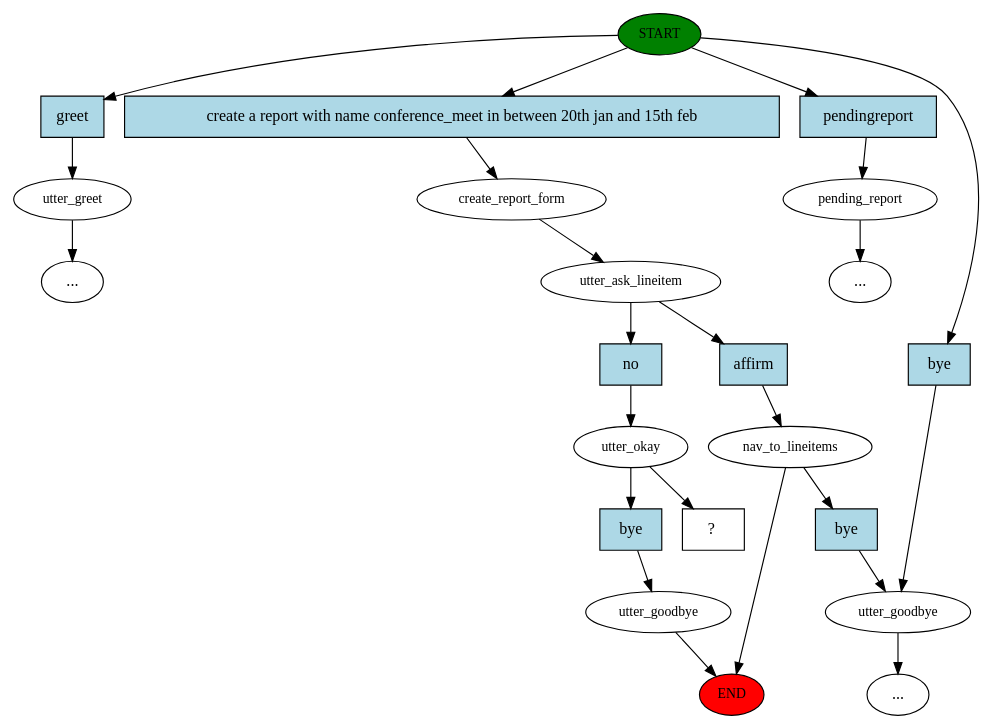
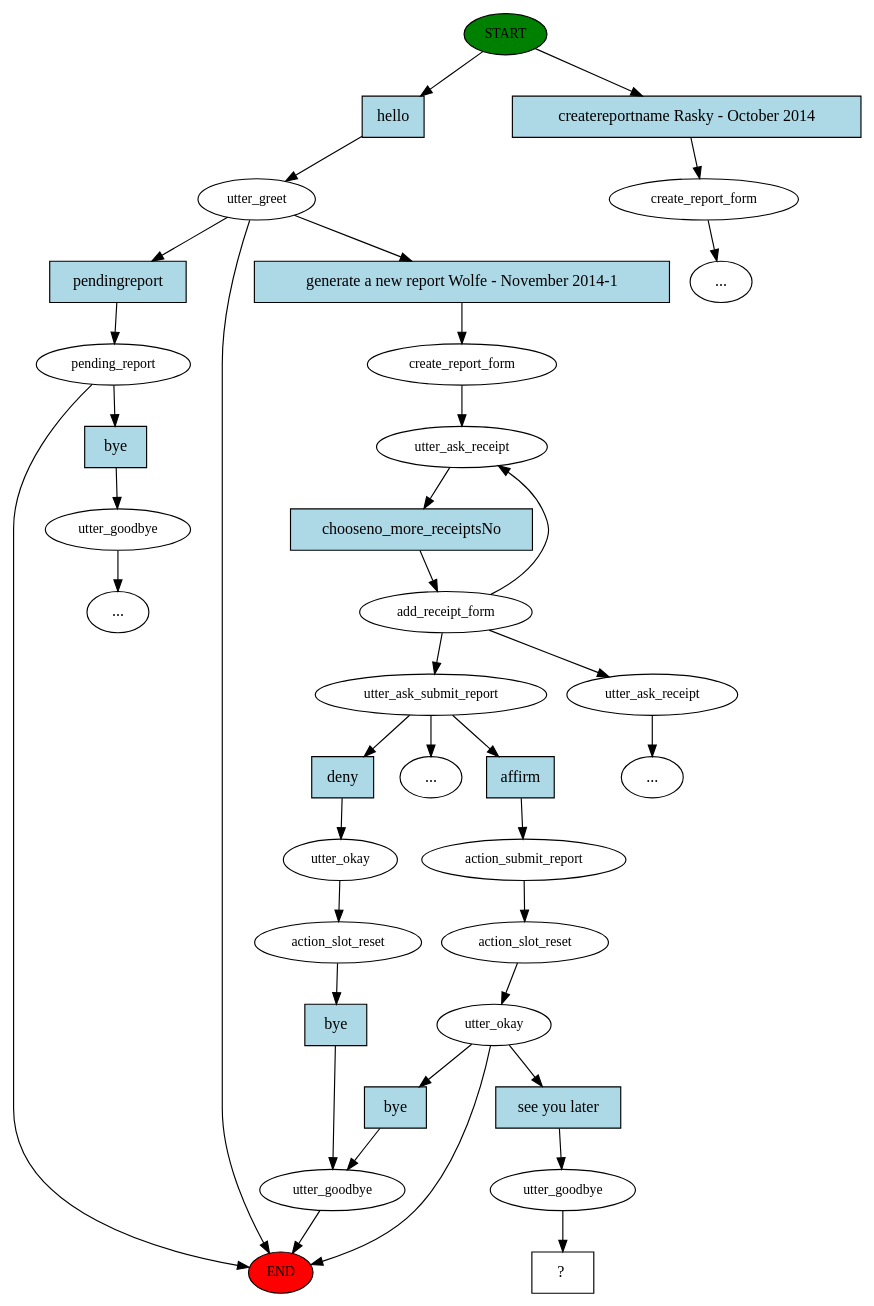
One commit to suryavamsi1563/working_chat_bot changed the diagram in story_graph.dot. Above: the diagram before and after it, drawn with Graphviz. The commit also changed 29 other files, not shown here.

```diff
--- a/story_graph.dot
+++ b/story_graph.dot
@@ -1,47 +1,74 @@
 digraph  {
 0 [class="start active", fillcolor=green, fontsize=12, label=START, style=filled];
 "-1" [class=end, fillcolor=red, fontsize=12, label=END, style=filled];
-1 [class="", fontsize=12, label=utter_greet];
-5 [class=active, fontsize=12, label=create_report_form];
-6 [class=active, fontsize=12, label=utter_ask_lineitem];
-7 [class="", fontsize=12, label=nav_to_lineitems];
-8 [class="", fontsize=12, label=utter_goodbye];
-11 [class=active, fontsize=12, label=utter_okay];
-12 [class="", fontsize=12, label=utter_goodbye];
+1 [class=active, fontsize=12, label=utter_greet];
+3 [class="", fontsize=12, label=pending_report];
+4 [class="", fontsize=12, label=utter_goodbye];
+"-3" [class=ellipsis, label="..."];
+8 [class=active, fontsize=12, label=create_report_form];
+9 [class=active, fontsize=12, label=utter_ask_receipt];
+10 [class=active, fontsize=12, label=add_receipt_form];
+13 [class=active, fontsize=12, label=utter_ask_submit_report];
+27 [class="", fontsize=12, label=utter_ask_receipt];
+33 [class=active, fontsize=12, label=action_submit_report];
+34 [class=active, fontsize=12, label=action_slot_reset];
+35 [class=active, fontsize=12, label=utter_okay];
+36 [class="", fontsize=12, label=create_report_form];
 "-8" [class=ellipsis, label="..."];
-17 [class="", fontsize=12, label=pending_report];
+51 [class="", fontsize=12, label=utter_okay];
+52 [class="", fontsize=12, label=action_slot_reset];
+53 [class="", fontsize=12, label=utter_goodbye];
+"-11" [class=ellipsis, label="..."];
 "-12" [class=ellipsis, label="..."];
-"-14" [class=ellipsis, label="..."];
-26 [class="intent dashed active", label="  ?  ", shape=rect];
-27 [class=intent, fillcolor=lightblue, label=greet, shape=rect, style=filled];
-28 [class="intent active", fillcolor=lightblue, label="create a report with name conference_meet in between 20th jan and 15th feb", shape=rect, style=filled];
-29 [class=intent, fillcolor=lightblue, label=pendingreport, shape=rect, style=filled];
-30 [class=intent, fillcolor=lightblue, label=bye, shape=rect, style=filled];
-31 [class=intent, fillcolor=lightblue, label=affirm, shape=rect, style=filled];
-32 [class="intent active", fillcolor=lightblue, label=no, shape=rect, style=filled];
-33 [class=intent, fillcolor=lightblue, label=bye, shape=rect, style=filled];
-34 [class=intent, fillcolor=lightblue, label=bye, shape=rect, style=filled];
-0 -> 27  [class="", key=0];
-0 -> 28  [class=active, key=0];
-0 -> 29  [class="", key=0];
-0 -> 30  [class="", key=0];
-1 -> "-14"  [class="", key=NONE, label=""];
-5 -> 6  [class=active, key=NONE, label=""];
-6 -> 31  [class="", key=0];
-6 -> 32  [class=active, key=0];
-7 -> "-1"  [class="", key=NONE, label=""];
-7 -> 33  [class="", key=0];
-8 -> "-8"  [class="", key=NONE, label=""];
-11 -> 26  [class=active, key=NONE, label=""];
-11 -> 34  [class="", key=0];
-12 -> "-1"  [class="", key=NONE, label=""];
-17 -> "-12"  [class="", key=NONE, label=""];
-27 -> 1  [class="", key=0];
-28 -> 5  [class=active, key=0];
-29 -> 17  [class="", key=0];
-30 -> 8  [class="", key=0];
-31 -> 7  [class="", key=0];
-32 -> 11  [class=active, key=0];
-33 -> 8  [class="", key=0];
-34 -> 12  [class="", key=0];
+79 [class=active, fontsize=12, label=utter_goodbye];
+80 [class="intent dashed active", label="  ?  ", shape=rect];
+81 [class="intent active", fillcolor=lightblue, label=hello, shape=rect, style=filled];
+82 [class=intent, fillcolor=lightblue, label="createreportname Rasky - October 2014", shape=rect, style=filled];
+83 [class=intent, fillcolor=lightblue, label=pendingreport, shape=rect, style=filled];
+84 [class="intent active", fillcolor=lightblue, label="generate a new report Wolfe - November 2014-1", shape=rect, style=filled];
+85 [class=intent, fillcolor=lightblue, label=bye, shape=rect, style=filled];
+86 [class="intent active", fillcolor=lightblue, label=chooseno_more_receiptsNo, shape=rect, style=filled];
+87 [class="intent active", fillcolor=lightblue, label=affirm, shape=rect, style=filled];
+88 [class=intent, fillcolor=lightblue, label=deny, shape=rect, style=filled];
+89 [class="intent active", fillcolor=lightblue, label="see you later", shape=rect, style=filled];
+90 [class=intent, fillcolor=lightblue, label=bye, shape=rect, style=filled];
+91 [class=intent, fillcolor=lightblue, label=bye, shape=rect, style=filled];
+0 -> 81  [class=active, key=0];
+0 -> 82  [class="", key=0];
+1 -> "-1"  [class="", key=NONE, label=""];
+1 -> 83  [class="", key=0];
+1 -> 84  [class=active, key=0];
+3 -> "-1"  [class="", key=NONE, label=""];
+3 -> 85  [class="", key=0];
+4 -> "-3"  [class="", key=NONE, label=""];
+8 -> 9  [class=active, key=NONE, label=""];
+9 -> 86  [class=active, key=0];
+10 -> 9  [class="", key=NONE, label=""];
+10 -> 13  [class=active, key=NONE, label=""];
+10 -> 27  [class="", key=NONE, label=""];
+13 -> "-12"  [class="", key=NONE, label=""];
+13 -> 87  [class=active, key=0];
+13 -> 88  [class="", key=0];
+27 -> "-8"  [class="", key=NONE, label=""];
+33 -> 34  [class=active, key=NONE, label=""];
+34 -> 35  [class=active, key=NONE, label=""];
+35 -> "-1"  [class="", key=NONE, label=""];
+35 -> 89  [class=active, key=0];
+35 -> 90  [class="", key=0];
+36 -> "-11"  [class="", key=NONE, label=""];
+51 -> 52  [class="", key=NONE, label=""];
+52 -> 91  [class="", key=0];
+53 -> "-1"  [class="", key=NONE, label=""];
+79 -> 80  [class=active, key=NONE, label=""];
+81 -> 1  [class=active, key=0];
+82 -> 36  [class="", key=0];
+83 -> 3  [class="", key=0];
+84 -> 8  [class=active, key=0];
+85 -> 4  [class="", key=0];
+86 -> 10  [class=active, key=0];
+87 -> 33  [class=active, key=0];
+88 -> 51  [class="", key=0];
+89 -> 79  [class=active, key=0];
+90 -> 53  [class="", key=0];
+91 -> 53  [class="", key=0];
 }
```
